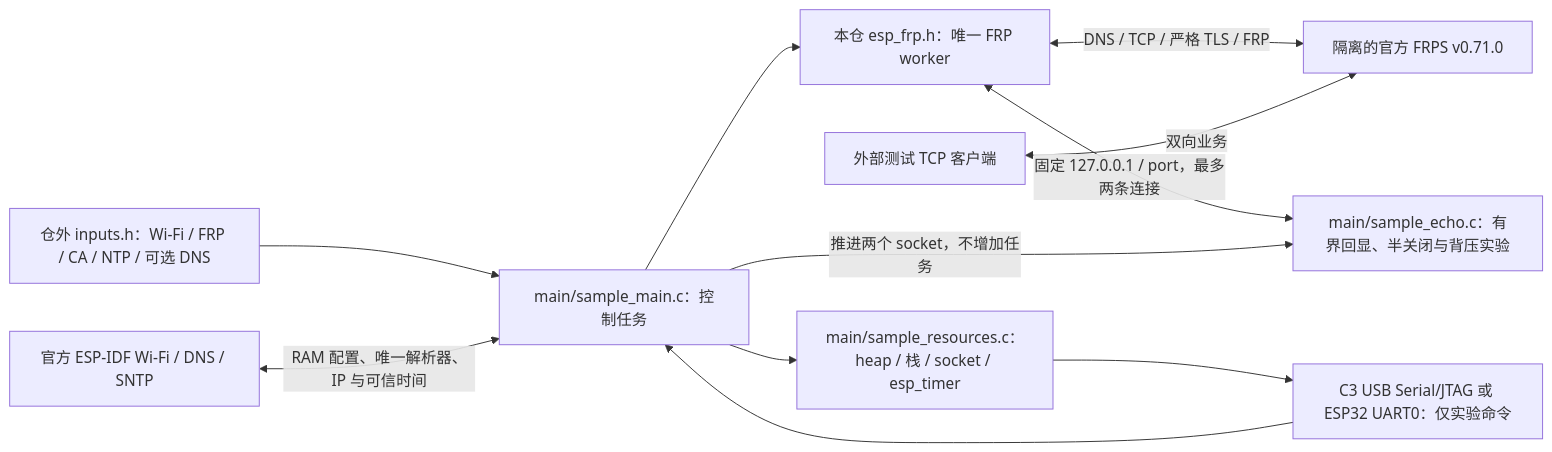
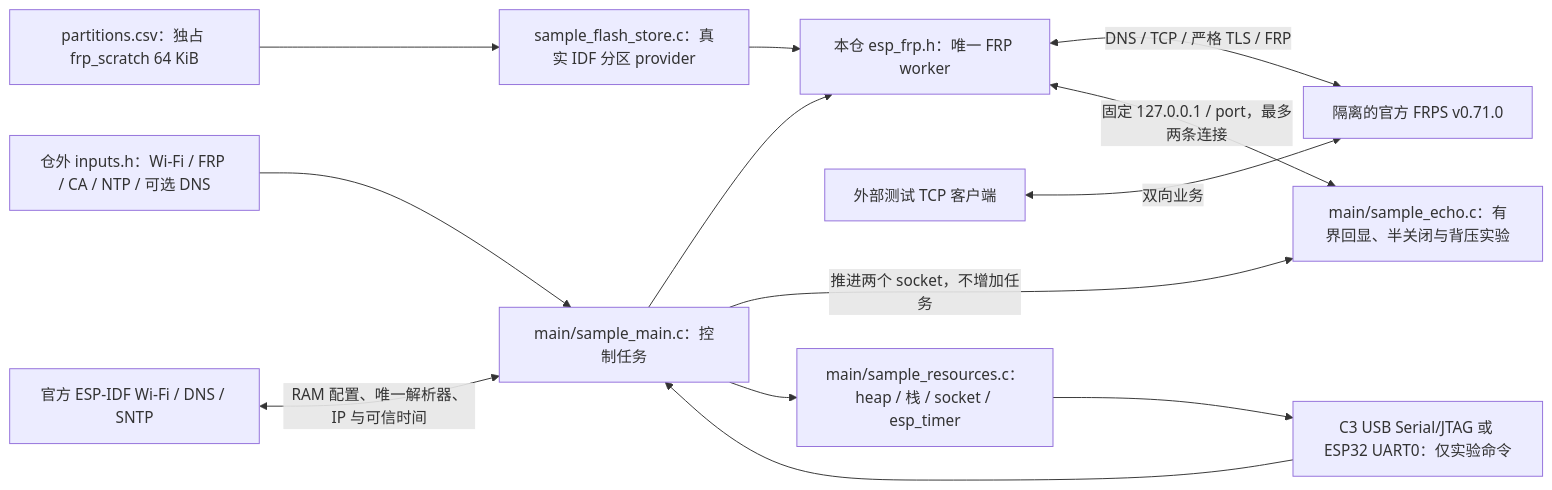
The diagram in examples/tcp_proxy/README.md (darren-you/esp-frp), drawn with Mermaid before and after one commit. The commit also changed other lines of this file and 39 other files, not shown here.

Commit message:
将 FRP 会话硬切为唯一 Flash reader 并接入真实暂存分区

````diff
--- a/examples/tcp_proxy/README.md
+++ b/examples/tcp_proxy/README.md
@@ -7,13 +7,15 @@
 ```mermaid
 flowchart LR
     input["仓外 inputs.h：Wi-Fi / FRP / CA / NTP / 可选 DNS"] --> main["main/sample_main.c：控制任务"]
     sdk["官方 ESP-IDF Wi-Fi / DNS / SNTP"] <-->|"RAM 配置、唯一解析器、IP 与可信时间"| main
     main --> client["本仓 esp_frp.h：唯一 FRP worker"]
+    partition["partitions.csv：独占 frp_scratch 64 KiB"] --> store["sample_flash_store.c：真实 IDF 分区 provider"]
+    store --> client
     client <-->|"DNS / TCP / 严格 TLS / FRP"| frps["隔离的官方 FRPS v0.71.0"]
     test["外部测试 TCP 客户端"] <-->|"双向业务"| frps
     client <-->|"固定 127.0.0.1 / port，最多两条连接"| echo["main/sample_echo.c：有界回显、半关闭与背压实验"]
     main -->|"推进两个 socket，不增加任务"| echo
     main --> resource["main/sample_resources.c：heap / 栈 / socket / esp_timer"]
     serial["C3 USB Serial/JTAG 或 ESP32 UART0：仅实验命令"] --> main
     resource --> serial
 ```
````
